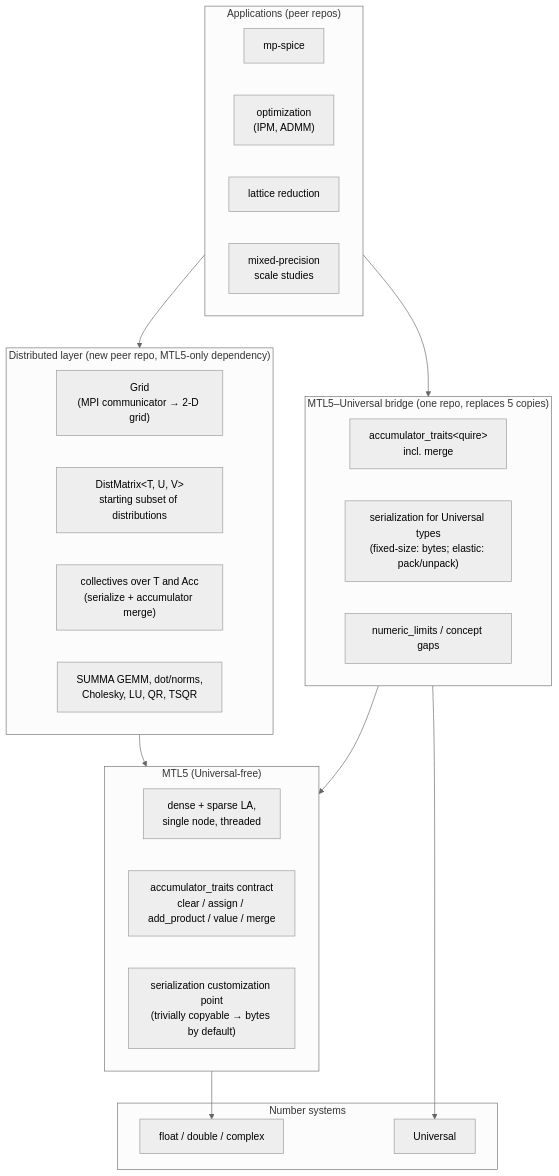
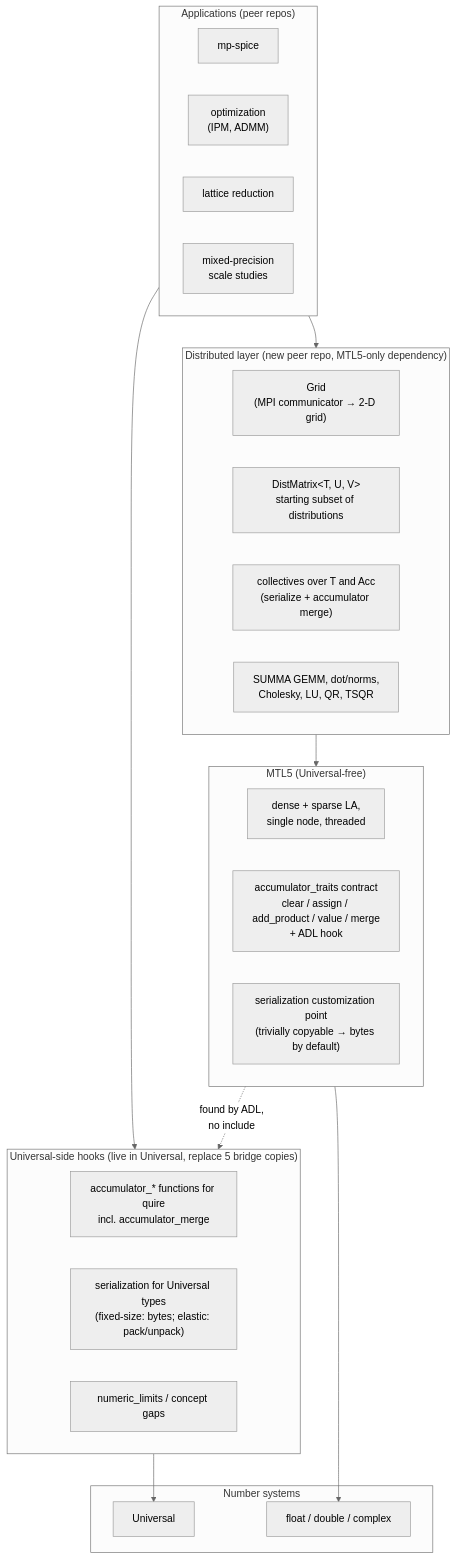
Before and after one commit to stillwater-sc/mtl5: the diagram in docs/other/mtl5-elemental-assessment.md, drawn with Mermaid (neutral theme). The commit also changed other lines of this file, not shown here.

First line of the commit message:
docs: route Universal's accumulator side through the ADL hook (#581)

````diff
--- a/docs/other/mtl5-elemental-assessment.md
+++ b/docs/other/mtl5-elemental-assessment.md
@@ -146,40 +146,40 @@
 ```mermaid
 flowchart TB
     subgraph L3["Applications (peer repos)"]
         SPICE["mp-spice"]
         OPT["optimization<br/>(IPM, ADMM)"]
         LAT["lattice reduction"]
         STUDY["mixed-precision<br/>scale studies"]
     end
 
     subgraph L2["Distributed layer (new peer repo, MTL5-only dependency)"]
         GRID["Grid<br/>(MPI communicator → 2-D grid)"]
         DM["DistMatrix&lt;T, U, V&gt;<br/>starting subset of distributions"]
         COLL["collectives over T and Acc<br/>(serialize + accumulator merge)"]
         DALG["SUMMA GEMM, dot/norms,<br/>Cholesky, LU, QR, TSQR"]
     end
 
-    subgraph BR["MTL5–Universal bridge (one repo, replaces 5 copies)"]
-        QB["accumulator_traits&lt;quire&gt;<br/>incl. merge"]
+    subgraph BR["Universal-side hooks (live in Universal, replace 5 bridge copies)"]
+        QB["accumulator_* functions for quire<br/>incl. accumulator_merge"]
         SER["serialization for Universal types<br/>(fixed-size: bytes; elastic: pack/unpack)"]
         LIM["numeric_limits / concept gaps"]
     end
 
     subgraph L1["MTL5 (Universal-free)"]
         DENSE["dense + sparse LA,<br/>single node, threaded"]
-        ACC["accumulator_traits contract<br/>clear / assign / add_product / value / merge"]
+        ACC["accumulator_traits contract<br/>clear / assign / add_product / value / merge<br/>+ ADL hook"]
         SERCP["serialization customization point<br/>(trivially copyable → bytes by default)"]
     end
 
     subgraph L0["Number systems"]
         UNI["Universal"]
         STD["float / double / complex"]
     end
 
     L3 --> L2
     L3 --> BR
     L2 --> L1
-    BR --> L1
+    L1 -. "found by ADL,<br/>no include" .-> BR
     BR --> UNI
     L1 --> STD
 ```
````
